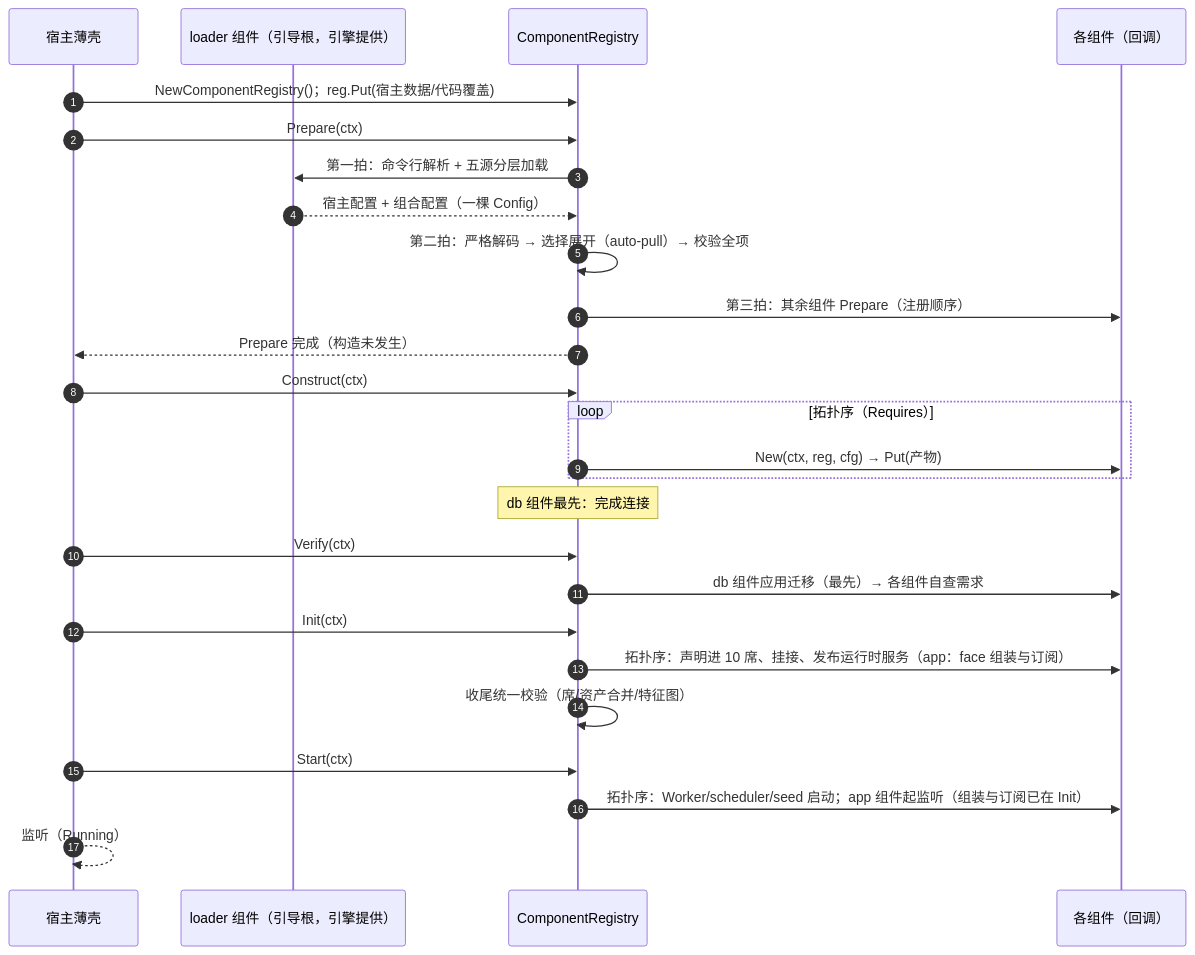
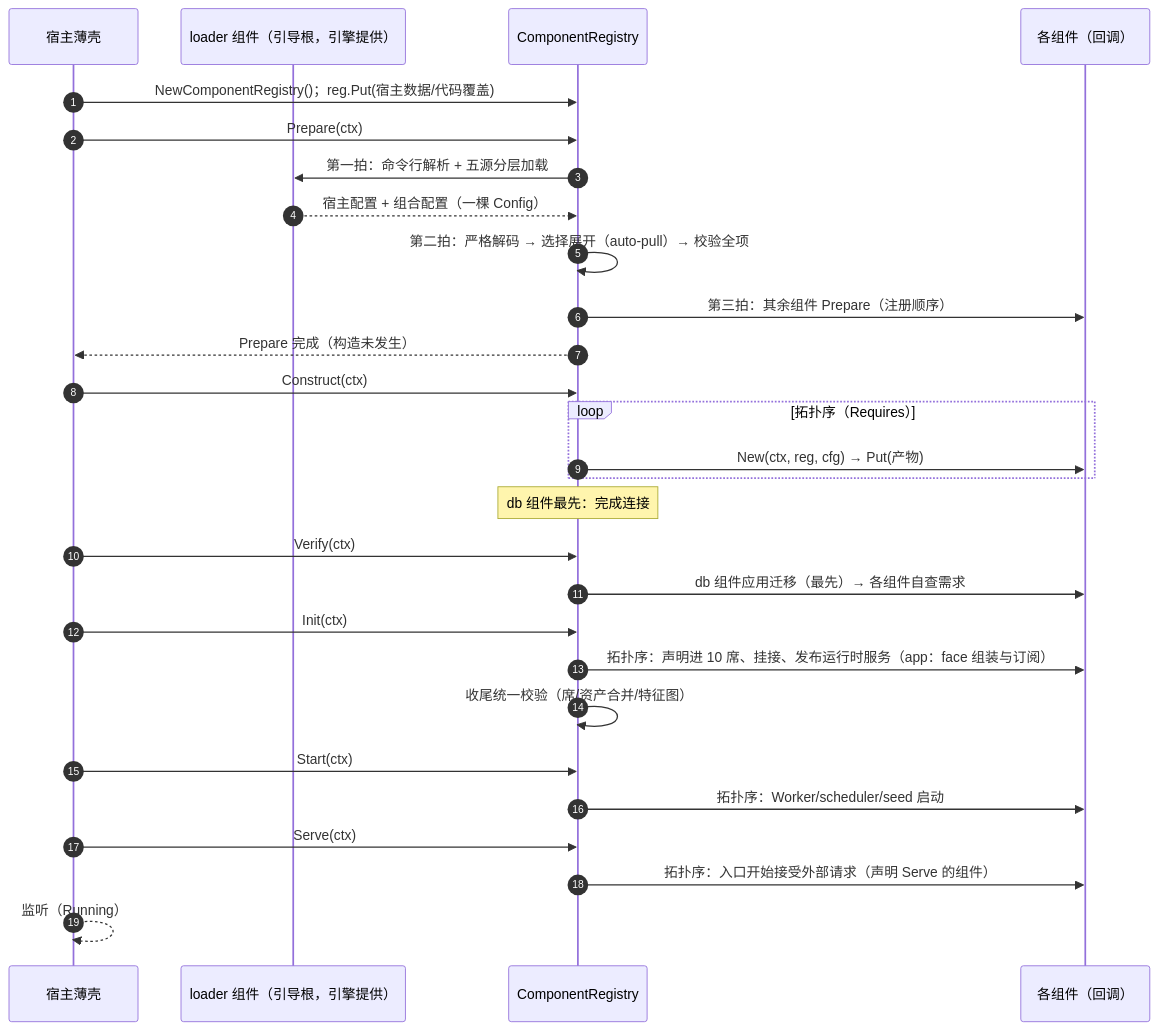
One commit to vislake/speed changed the fourth of 6 diagrams in docs/internal/29-config-driven-component-assembly.md. Above: the diagram before and after it, drawn with Mermaid. The commit also changed other lines of this file and 32 other files, not shown here.

````diff
--- a/docs/internal/29-config-driven-component-assembly.md
+++ b/docs/internal/29-config-driven-component-assembly.md
@@ -290,29 +300,31 @@
 ```mermaid
 sequenceDiagram
     autonumber
     participant H as 宿主薄壳
     participant L as loader 组件（引导根，引擎提供）
     participant R as ComponentRegistry
     participant P as 各组件（回调）
 
     H->>R: NewComponentRegistry()；reg.Put(宿主数据/代码覆盖)
     H->>R: Prepare(ctx)
     R->>L: 第一拍：命令行解析 + 五源分层加载
     L-->>R: 宿主配置 + 组合配置（一棵 Config）
     R->>R: 第二拍：严格解码 → 选择展开（auto-pull）→ 校验全项
     R->>P: 第三拍：其余组件 Prepare（注册顺序）
     R-->>H: Prepare 完成（构造未发生）
     H->>R: Construct(ctx)
     loop 拓扑序（Requires）
         R->>P: New(ctx, reg, cfg) → Put(产物)
     end
     Note over R: db 组件最先：完成连接
     H->>R: Verify(ctx)
     R->>P: db 组件应用迁移（最先）→ 各组件自查需求
     H->>R: Init(ctx)
     R->>P: 拓扑序：声明进 10 席、挂接、发布运行时服务（app：face 组装与订阅）
     R->>R: 收尾统一校验（席/资产合并/特征图）
     H->>R: Start(ctx)
-    R->>P: 拓扑序：Worker/scheduler/seed 启动；app 组件起监听（组装与订阅已在 Init）
+    R->>P: 拓扑序：Worker/scheduler/seed 启动
+    H->>R: Serve(ctx)
+    R->>P: 拓扑序：入口开始接受外部请求（声明 Serve 的组件）
     H-->>H: 监听（Running）
 ```
````
